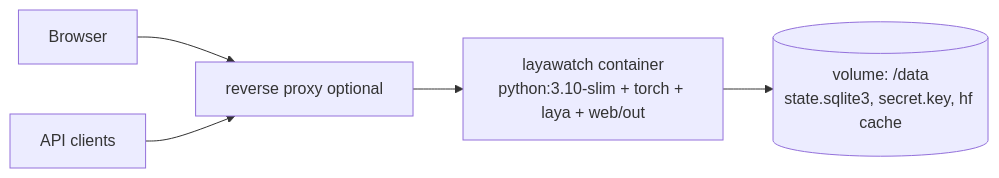
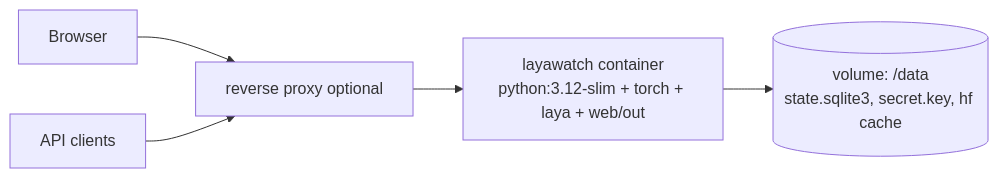
Before and after one commit to BLANCO-11/LayaWatch: the third of 3 diagrams in docs/architecture.md, drawn with Mermaid. The commit also changed other lines of this file and 41 other files, not shown here.

````diff
--- a/docs/architecture.md
+++ b/docs/architecture.md
@@ -336,6 +336,6 @@
 ```mermaid
 flowchart LR
   U[Browser] --> R[reverse proxy optional]
-  C[API clients] --> R --> L["layawatch container<br/>python:3.10-slim + torch + laya + web/out"]
+  C[API clients] --> R --> L["layawatch container<br/>python:3.12-slim + torch + laya + web/out"]
   L --> V[("volume: /data<br/>state.sqlite3, secret.key, hf cache")]
 ```
````
